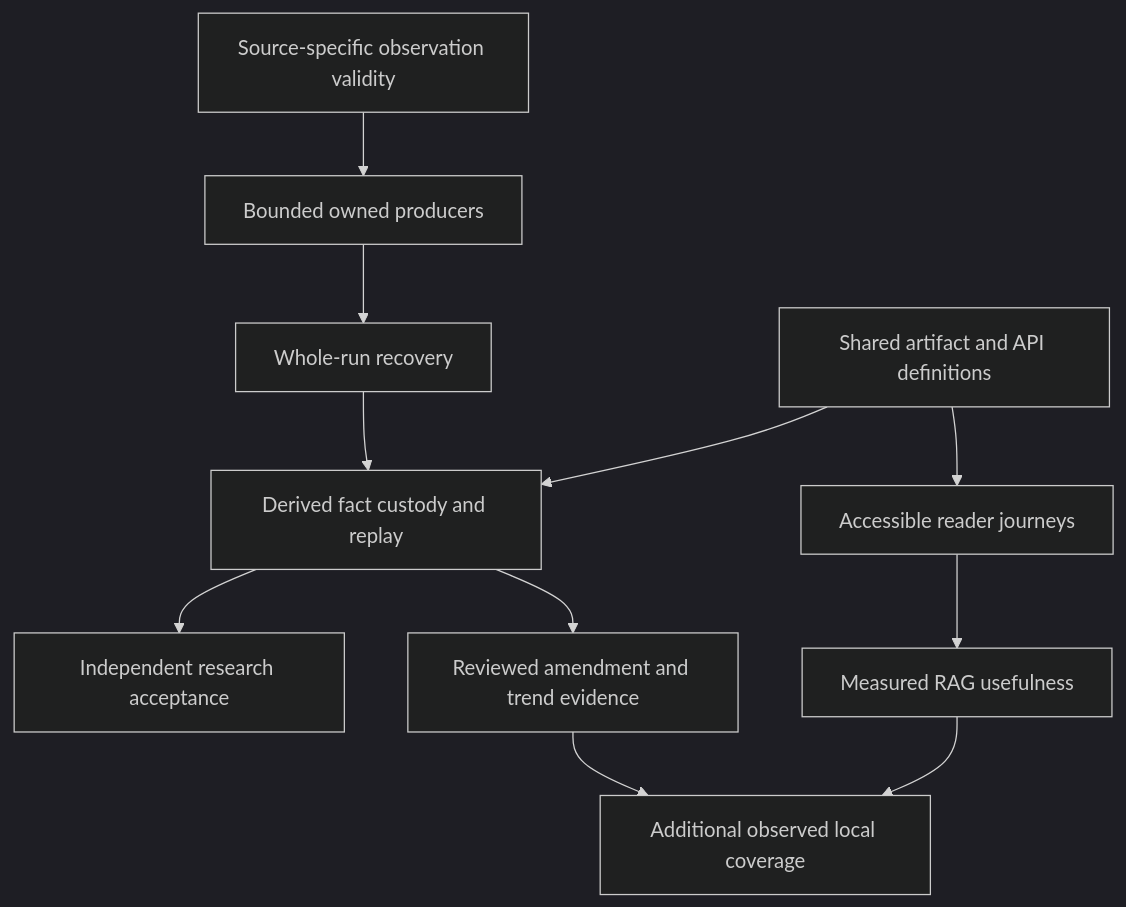
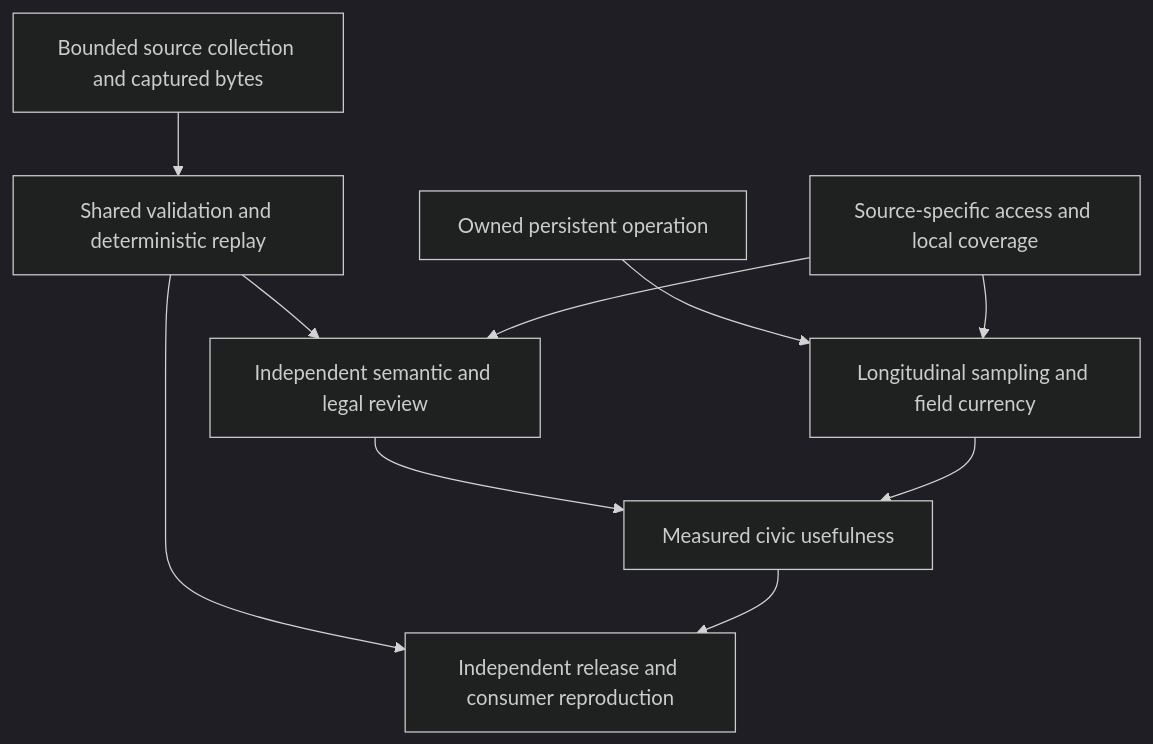
One commit to docxology/crescent-city-intel changed the diagram in docs/roadmap.md. Above: the diagram before and after it, drawn with Mermaid (dark theme). The commit also changed other lines of this file and 231 other files, not shown here.

Commit message:
Release v3.1.0: source clocks, replay custody and owned runtime

````diff
--- a/docs/roadmap.md
+++ b/docs/roadmap.md
@@ -24,13 +26,12 @@
 ```mermaid
 flowchart TD
-    A[Source-specific observation validity] --> B[Bounded owned producers]
-    B --> C[Whole-run recovery]
-    D[Shared artifact and API definitions] --> E[Derived fact custody and replay]
-    C --> E
-    E --> F[Independent research acceptance]
-    D --> G[Accessible reader journeys]
-    E --> H[Reviewed amendment and trend evidence]
-    G --> I[Measured RAG usefulness]
-    H --> J[Additional observed local coverage]
-    I --> J
+    A[Bounded source collection and captured bytes] --> B[Shared validation and deterministic replay]
+    B --> C[Independent semantic and legal review]
+    D[Owned persistent operation] --> E[Longitudinal sampling and field currency]
+    F[Source-specific access and local coverage] --> C
+    F --> E
+    C --> G[Measured civic usefulness]
+    E --> G
+    B --> H[Independent release and consumer reproduction]
+    G --> H
 ```
````
